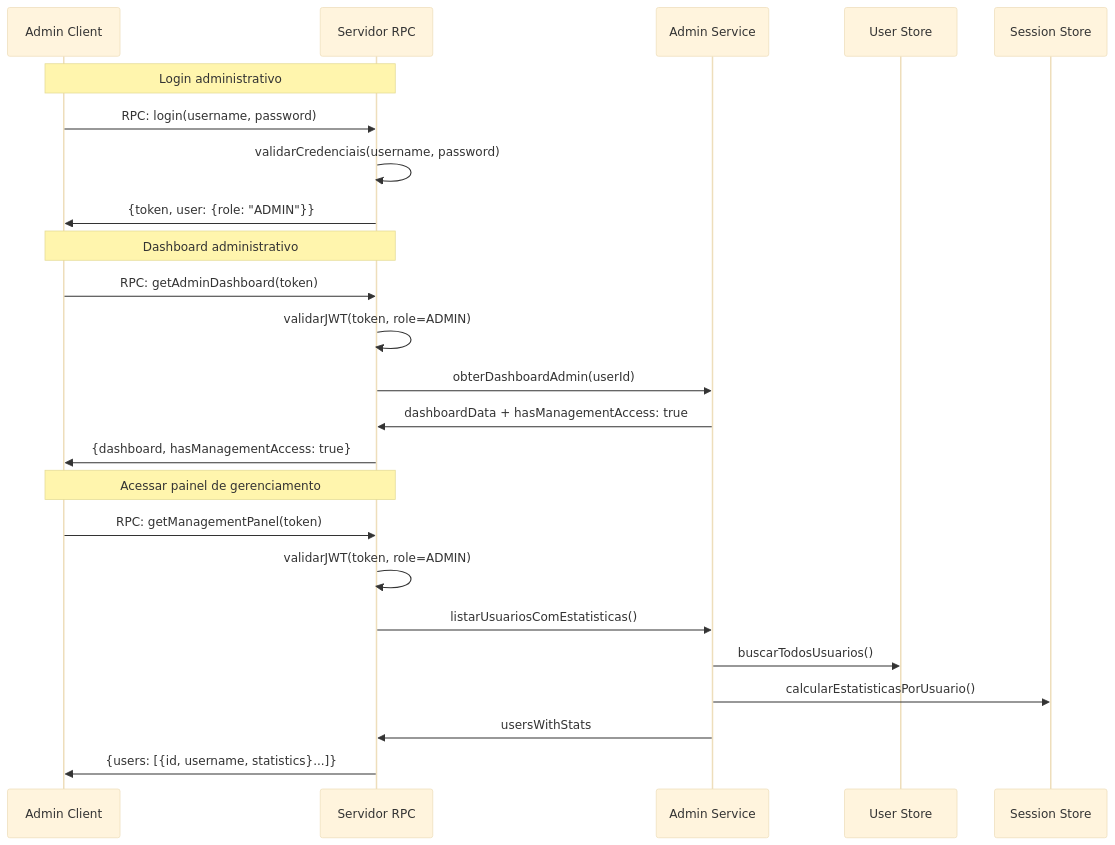
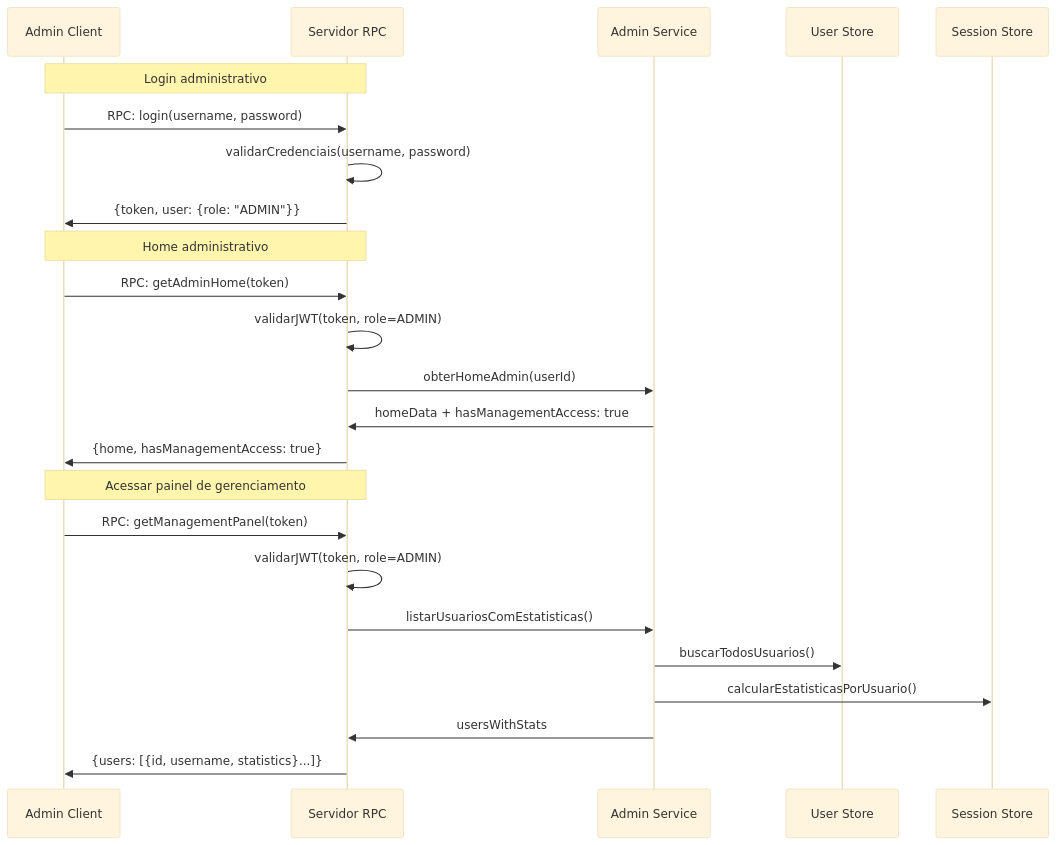
Before and after one commit to 16Jorgecamargo/RPC-Interactive-Stories-Game: diagram 12 of 22 in SRS/06-fluxos.md, drawn with Mermaid (base theme). The commit also changed other lines of this file and 17 other files, not shown here.

````diff
--- a/SRS/06-fluxos.md
+++ b/SRS/06-fluxos.md
@@ -377,29 +377,29 @@
 ```mermaid
 sequenceDiagram
     participant A as Admin Client
     participant S as Servidor RPC
     participant AS as Admin Service
     participant US as User Store
     participant SS as Session Store
 
     Note over A,S: Login administrativo
     A->>S: RPC: login(username, password)
     S->>S: validarCredenciais(username, password)
     S->>A: {token, user: {role: "ADMIN"}}
 
-    Note over A,S: Dashboard administrativo
-    A->>S: RPC: getAdminDashboard(token)
+    Note over A,S: Home administrativo
+    A->>S: RPC: getAdminHome(token)
     S->>S: validarJWT(token, role=ADMIN)
-    S->>AS: obterDashboardAdmin(userId)
-    AS->>S: dashboardData + hasManagementAccess: true
-    S->>A: {dashboard, hasManagementAccess: true}
+    S->>AS: obterHomeAdmin(userId)
+    AS->>S: homeData + hasManagementAccess: true
+    S->>A: {home, hasManagementAccess: true}
 
     Note over A,S: Acessar painel de gerenciamento
     A->>S: RPC: getManagementPanel(token)
     S->>S: validarJWT(token, role=ADMIN)
     S->>AS: listarUsuariosComEstatisticas()
     AS->>US: buscarTodosUsuarios()
     AS->>SS: calcularEstatisticasPorUsuario()
     AS->>S: usersWithStats
     S->>A: {users: [{id, username, statistics}...]}
 ```
````
